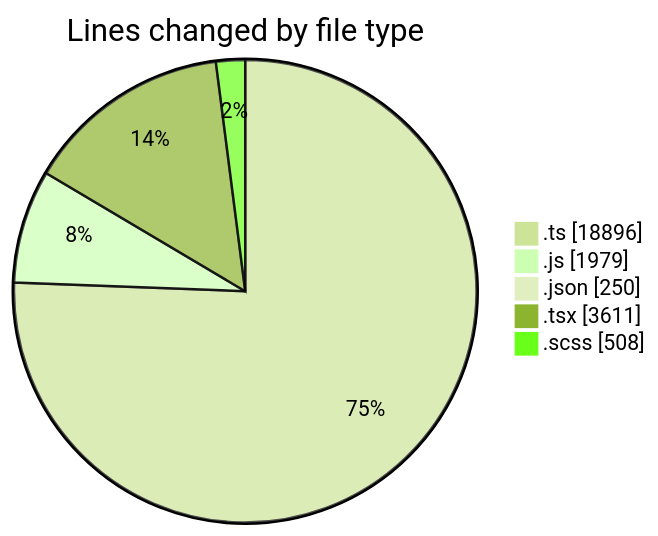
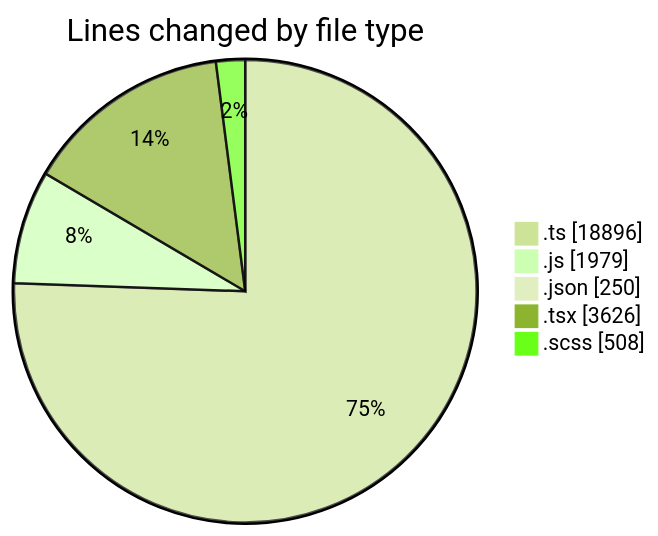
Before and after one commit to momahboobian/code-tracking: the first of 2 diagrams in 2026-06-18/cda/README.md, drawn with Mermaid (forest theme). The commit also changed other lines of this file and 1 other file, not shown here.

````diff
--- a/2026-06-18/cda/README.md
+++ b/2026-06-18/cda/README.md
@@ -69,9 +69,9 @@
 ```mermaid
 pie showData
 title Lines changed by file type
 ".ts" : 18896
 ".js" : 1979
 ".json" : 250
-".tsx" : 3611
+".tsx" : 3626
 ".scss" : 508
 ```
````
